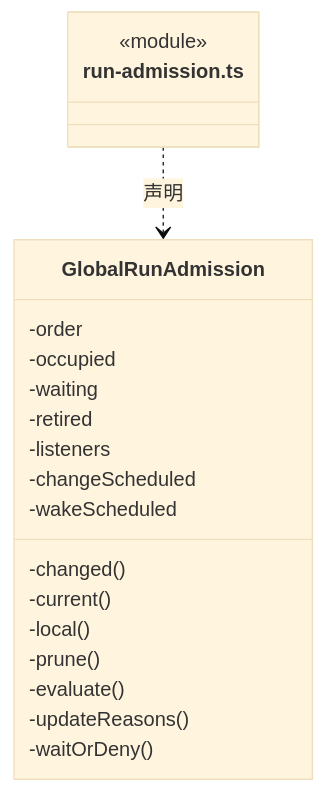
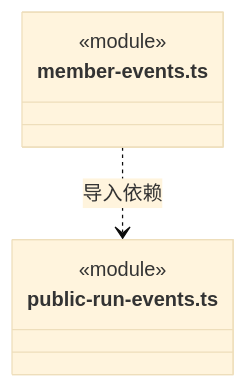
Before and after one commit to nan023062/cbim: the seventh of 8 diagrams in src/backend/scheduler-engine/runtime/ARCHITECTURE.md, drawn with Mermaid (base theme). The commit also changed other lines of this file and 971 other files, not shown here.

First line of the commit message:
refactor: align backend source layout with V&B module boundaries

````diff
--- a/src/backend/scheduler-engine/runtime/ARCHITECTURE.md
+++ b/src/backend/scheduler-engine/runtime/ARCHITECTURE.md
@@ -255,23 +166,10 @@
 ```mermaid
 classDiagram
-class N_src_backend_scheduler_engine_runtime_run_admission_ts["run-admission.ts"] {
+class N_src_backend_scheduler_engine_runtime_member_events_ts["member-events.ts"] {
   <<module>>
 }
-class N_src_backend_scheduler_engine_runtime_run_admission_ts_GlobalRunAdmission["GlobalRunAdmission"] {
-  -order
-  -occupied
-  -waiting
-  -retired
-  -listeners
-  -changeScheduled
-  -wakeScheduled
-  -changed()
-  -current()
-  -local()
-  -prune()
-  -evaluate()
-  -updateReasons()
-  -waitOrDeny()
+class N_src_backend_scheduler_engine_runtime_public_run_events_ts["public-run-events.ts"] {
+  <<module>>
 }
-N_src_backend_scheduler_engine_runtime_run_admission_ts ..> N_src_backend_scheduler_engine_runtime_run_admission_ts_GlobalRunAdmission : 声明
+N_src_backend_scheduler_engine_runtime_member_events_ts ..> N_src_backend_scheduler_engine_runtime_public_run_events_ts : 导入依赖
 ```
````
